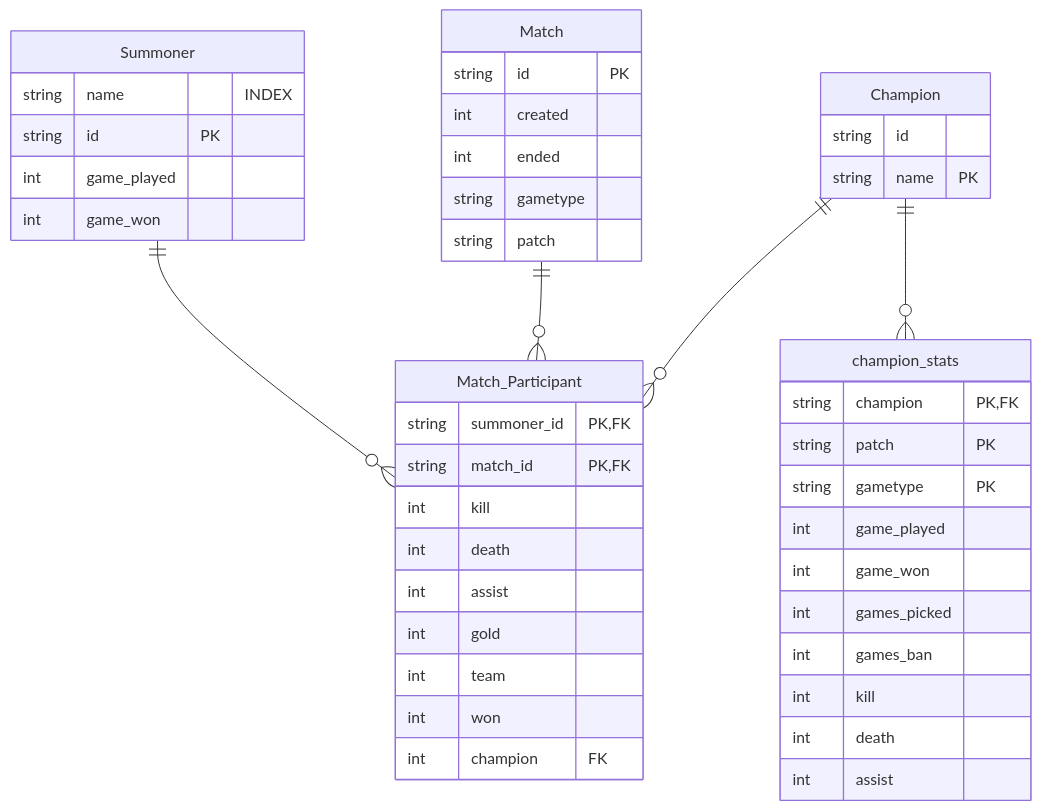
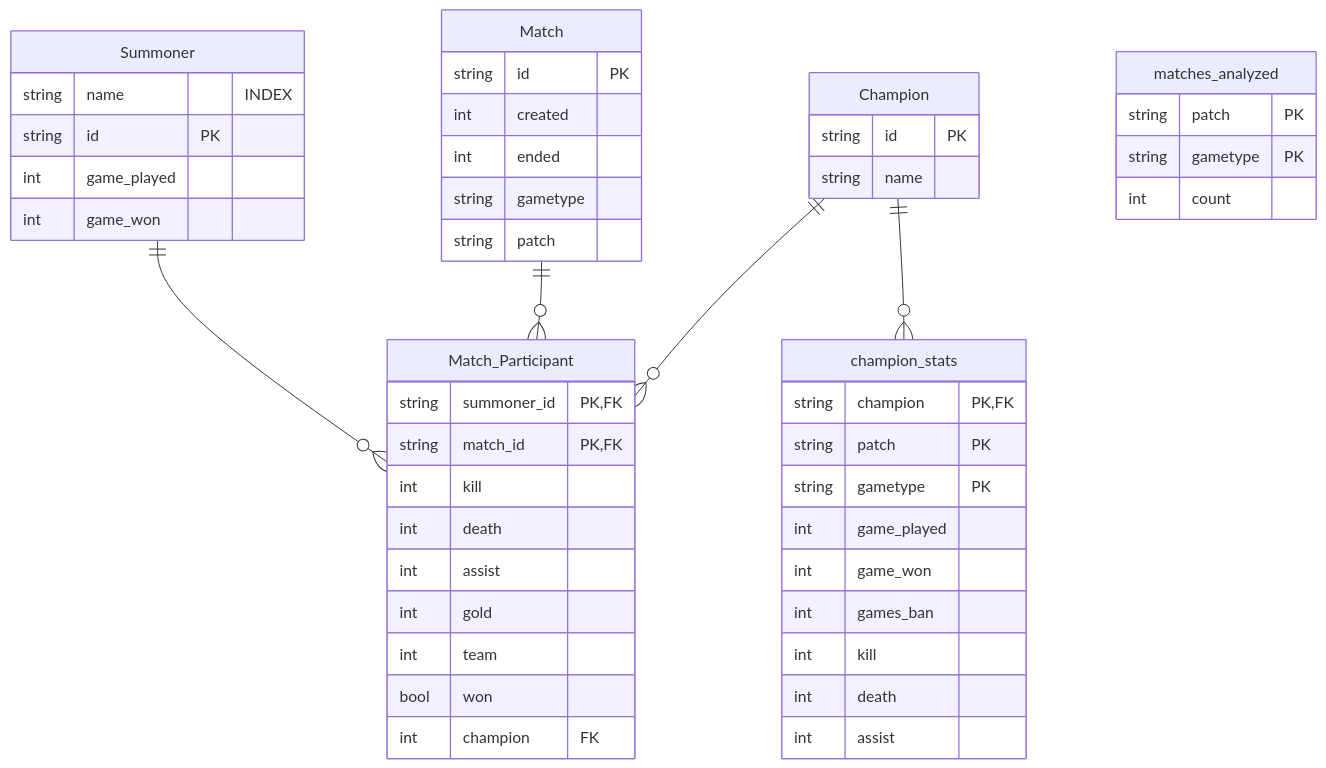
The diagram in specification/diagrams/Database.mmd (rutaji/loltracker), drawn with Mermaid before and after one commit. The commit also changed 4 other files, not shown here.

```diff
--- a/specification/diagrams/Database.mmd
+++ b/specification/diagrams/Database.mmd
@@ -1,46 +1,50 @@
 erDiagram
    Match {
         string id PK
         int created
         int ended
         string gametype
         string patch
     } 
     Match_Participant{
         string summoner_id PK,FK
         string match_id PK, FK
         int kill
         int death
         int assist
         int gold
         int team
-        int won
+        bool won
         int champion FK
     }
     Champion{
-        string id 
-        string name PK
+        string id PK
+        string name 
     }
     champion_stats{
         string champion PK, FK
         string patch PK
         string gametype PK
         int game_played 
         int game_won 
-        int games_picked
         int games_ban
         int kill
         int death
         int assist
     }
     Summoner{
         string name  "INDEX"
         string id PK
         int game_played
         int game_won
     }
+    matches_analyzed{
+        string patch PK
+        string gametype PK
+        int count
+    }
 
     Summoner ||--o{ Match_Participant : ""
     Match ||--o{ Match_Participant : ""
     Champion ||--o{ Match_Participant : ""
     Champion ||--o{ champion_stats : ""
```
